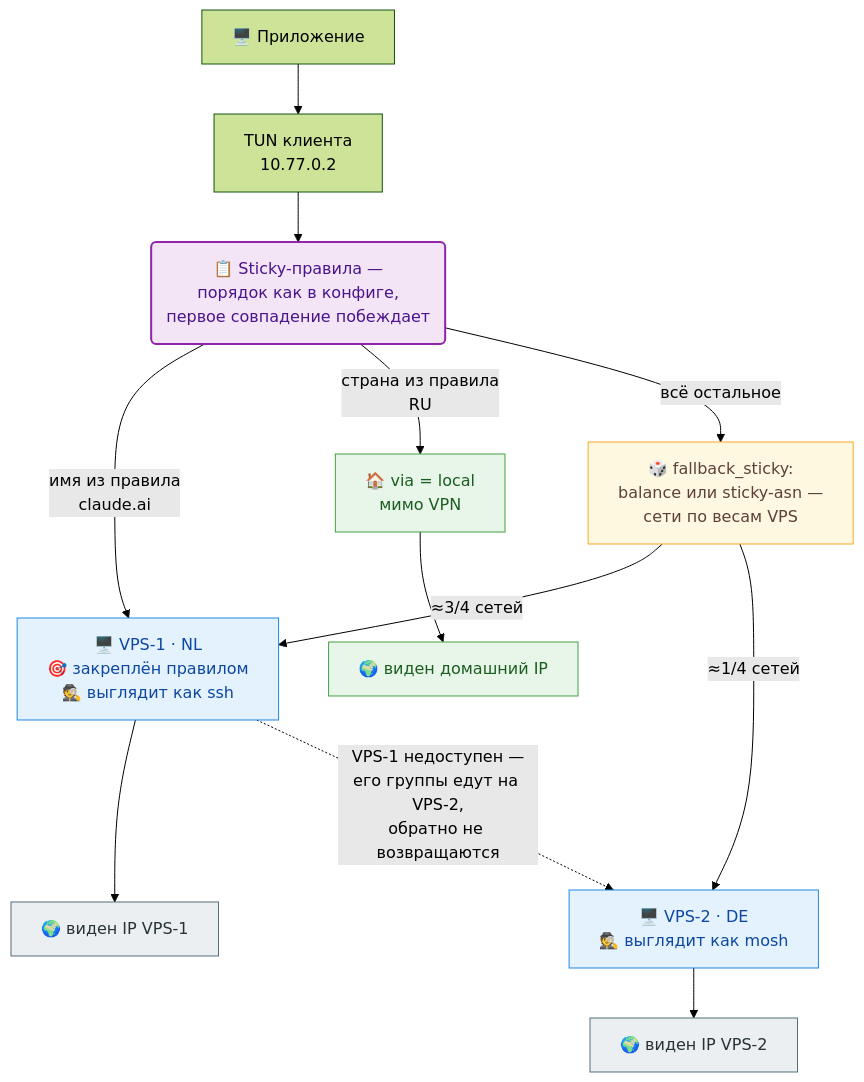
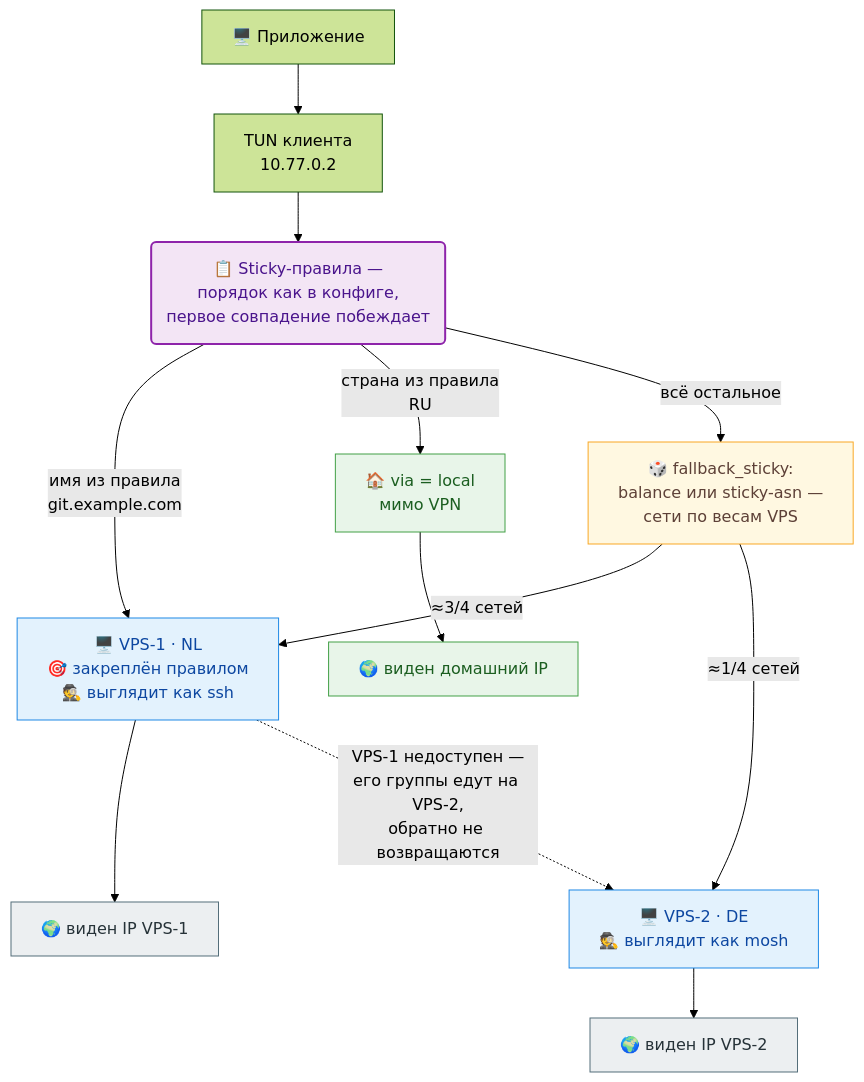
Before and after one commit to vadv/svpn: the diagram in README.md, drawn with Mermaid (forest theme). The commit also changed other lines of this file and 1 other file, not shown here.

First line of the commit message:
docs: neutral example domains in the diagram config

````diff
--- a/README.md
+++ b/README.md
@@ -9,25 +9,25 @@
 ```mermaid
 %%{init: {"flowchart": {"wrappingWidth": 280}}}%%
 flowchart TD
     app["🖥️ Приложение"] --> tun["TUN клиента<br/>10.77.0.2"]
     tun --> rules("📋 Sticky-правила —<br/>порядок как в конфиге,<br/>первое совпадение побеждает")
-    rules -->|"имя из правила<br/>claude.ai"| vps1["🖥️ VPS-1 · NL<br/>🎯 закреплён правилом<br/>🕵️ выглядит как ssh"]
+    rules -->|"имя из правила<br/>git.example.com"| vps1["🖥️ VPS-1 · NL<br/>🎯 закреплён правилом<br/>🕵️ выглядит как ssh"]
     rules -->|"страна из правила<br/>RU"| local2["🏠 via = local<br/>мимо VPN"]
     local2 --> home["🌍 виден домашний IP"]
     rules -->|"всё остальное"| fb["🎲 fallback_sticky:<br/>balance или sticky-asn —<br/>сети по весам VPS"]
     fb -->|"≈3/4 сетей"| vps1
     fb -->|"≈1/4 сетей"| vps2["🖥️ VPS-2 · DE<br/>🕵️ выглядит как mosh"]
     vps1 --> net1["🌍 виден IP VPS-1"]
     vps2 --> net2["🌍 виден IP VPS-2"]
     vps1 -.->|"VPS-1 недоступен —<br/>его группы едут на VPS-2,<br/>обратно не возвращаются"| vps2
     classDef rules fill:#f3e5f5,stroke:#8e24aa,stroke-width:2px,color:#4a148c
     classDef local fill:#e8f5e9,stroke:#43a047,color:#1b5e20
     classDef fb fill:#fff8e1,stroke:#f9a825,color:#5d4037
     classDef vpn fill:#e3f2fd,stroke:#1e88e5,color:#0d47a1
     classDef edge fill:#eceff1,stroke:#546e7a,color:#263238
     class rules rules
     class local2,home local
     class fb fb
     class vps1,vps2 vpn
     class net1,net2 edge
 ```
````
